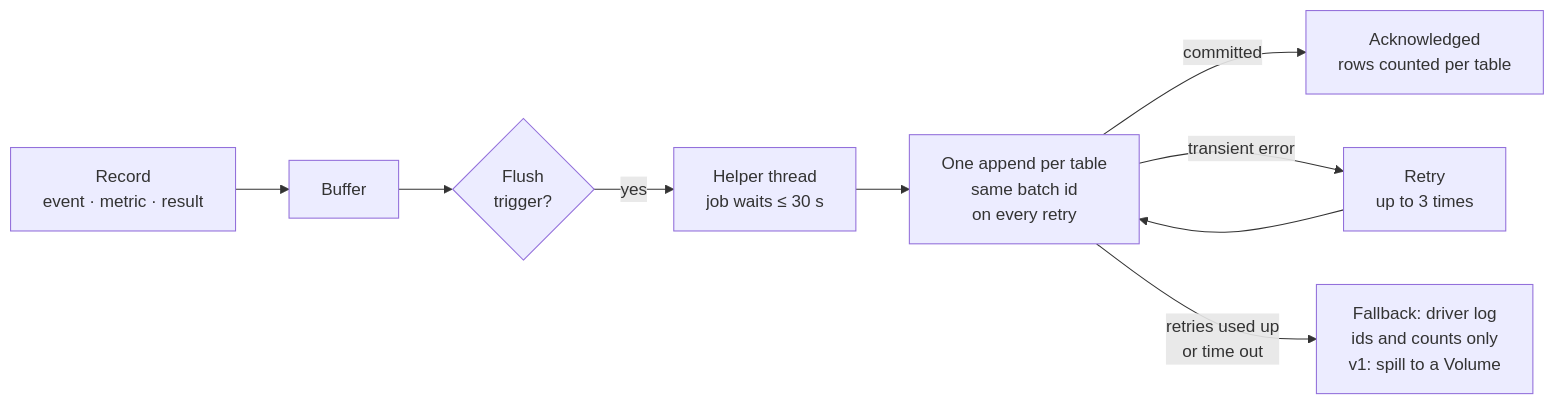
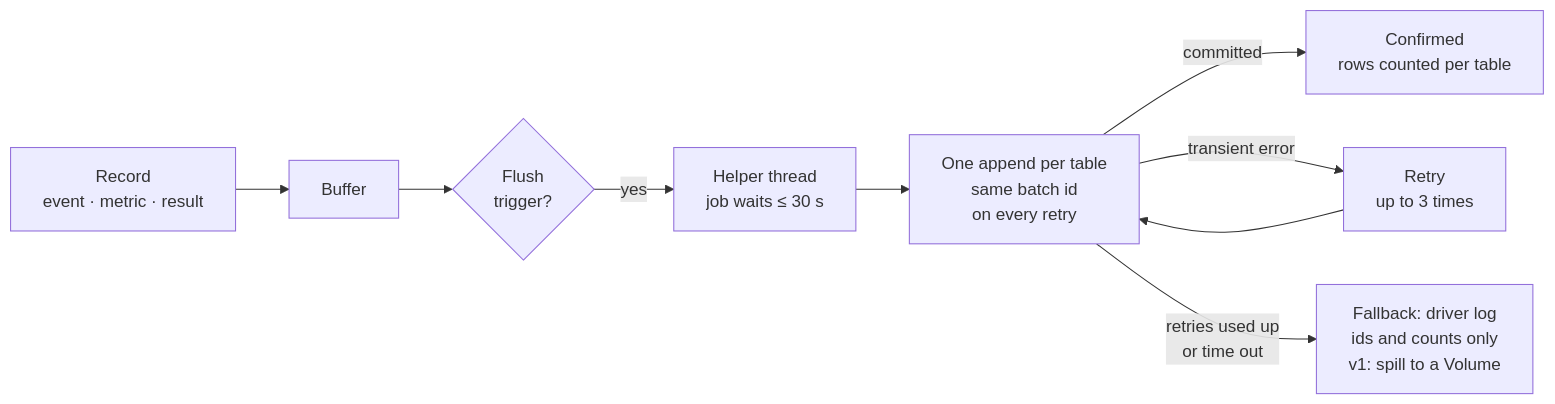
Before and after one commit to arbaizam/lakehouse_runledger: the ninth of 29 diagrams in docs/design.md, drawn with Mermaid. The commit also changed other lines of this file, not shown here.

````diff
--- a/docs/design.md
+++ b/docs/design.md
@@ -613,9 +650,9 @@
 ```mermaid
 flowchart LR
   R["Record<br/>event · metric · result"] --> Q["Buffer"] --> TR{"Flush<br/>trigger?"}
   TR -->|yes| H["Helper thread<br/>job waits ≤ 30 s"] --> W["One append per table<br/>same batch id<br/>on every retry"]
-  W -->|committed| ACK["Acknowledged<br/>rows counted per table"]
+  W -->|committed| ACK["Confirmed<br/>rows counted per table"]
   W -->|"transient error"| RT["Retry<br/>up to 3 times"]
   RT --> W
   W -->|"retries used up<br/>or time out"| FB["Fallback: driver log<br/>ids and counts only<br/>v1: spill to a Volume"]
 ```
````
